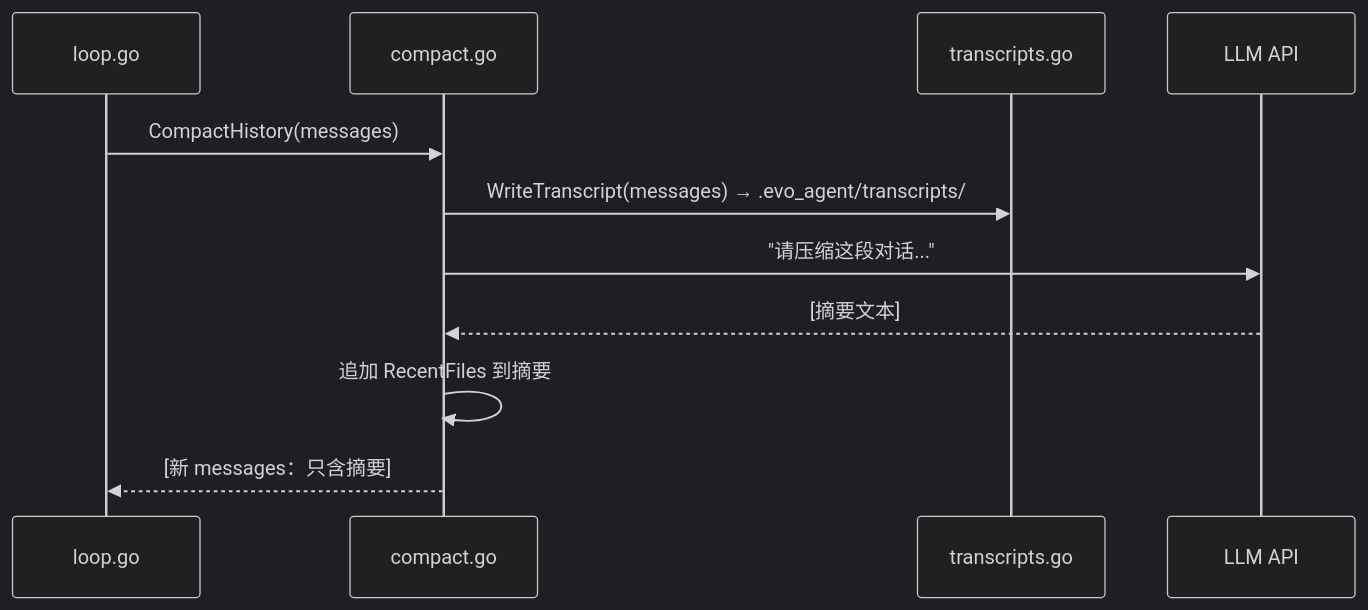
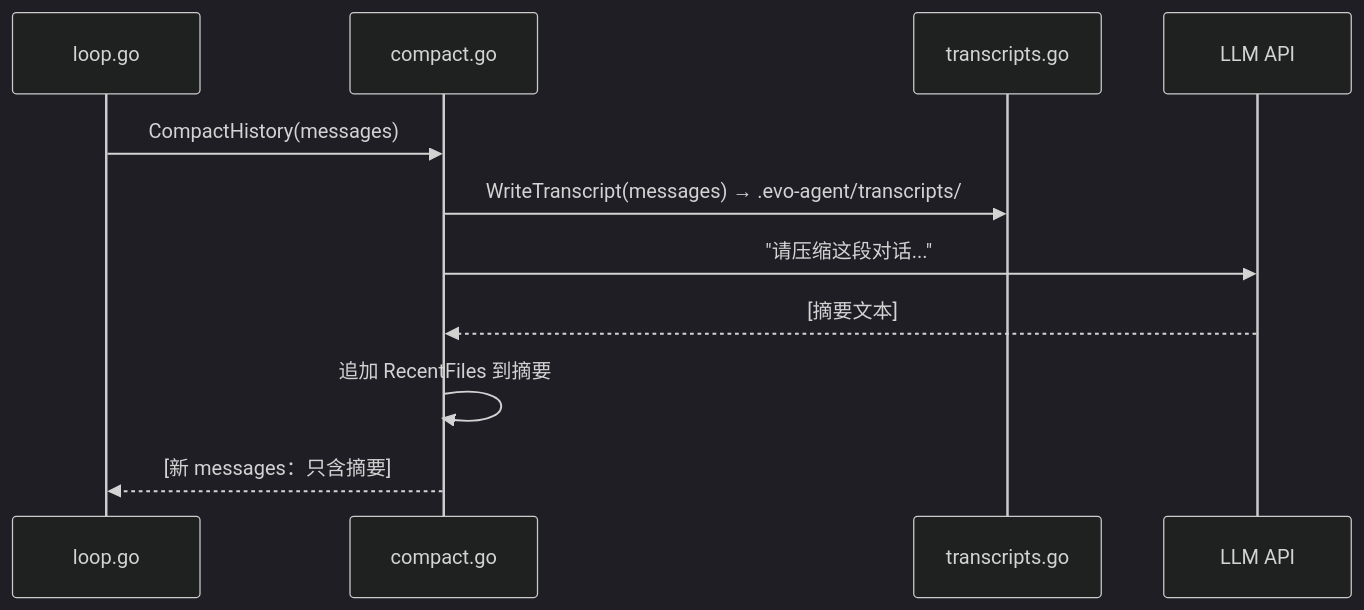
Before and after one commit to tiankonguse/evo-agent: the sixth of 6 diagrams in blog/04-compact.md, drawn with Mermaid (dark theme). The commit also changed 21 other files, not shown here.

Commit message:
refactor: rename .evo_agent to .evo-agent and update references

````diff
--- a/blog/04-compact.md
+++ b/blog/04-compact.md
@@ -365,14 +365,14 @@
 ```mermaid
 sequenceDiagram
     participant AgentLoop as loop.go
     participant Compact as compact.go
     participant Transcript as transcripts.go
     participant LLM as LLM API
 
     AgentLoop->>Compact: CompactHistory(messages)
-    Compact->>Transcript: WriteTranscript(messages) → .evo_agent/transcripts/
+    Compact->>Transcript: WriteTranscript(messages) → .evo-agent/transcripts/
     Compact->>LLM: "请压缩这段对话..."
     LLM-->>Compact: [摘要文本]
     Compact->>Compact: 追加 RecentFiles 到摘要
     Compact-->>AgentLoop: [新 messages：只含摘要]
 ```
````
